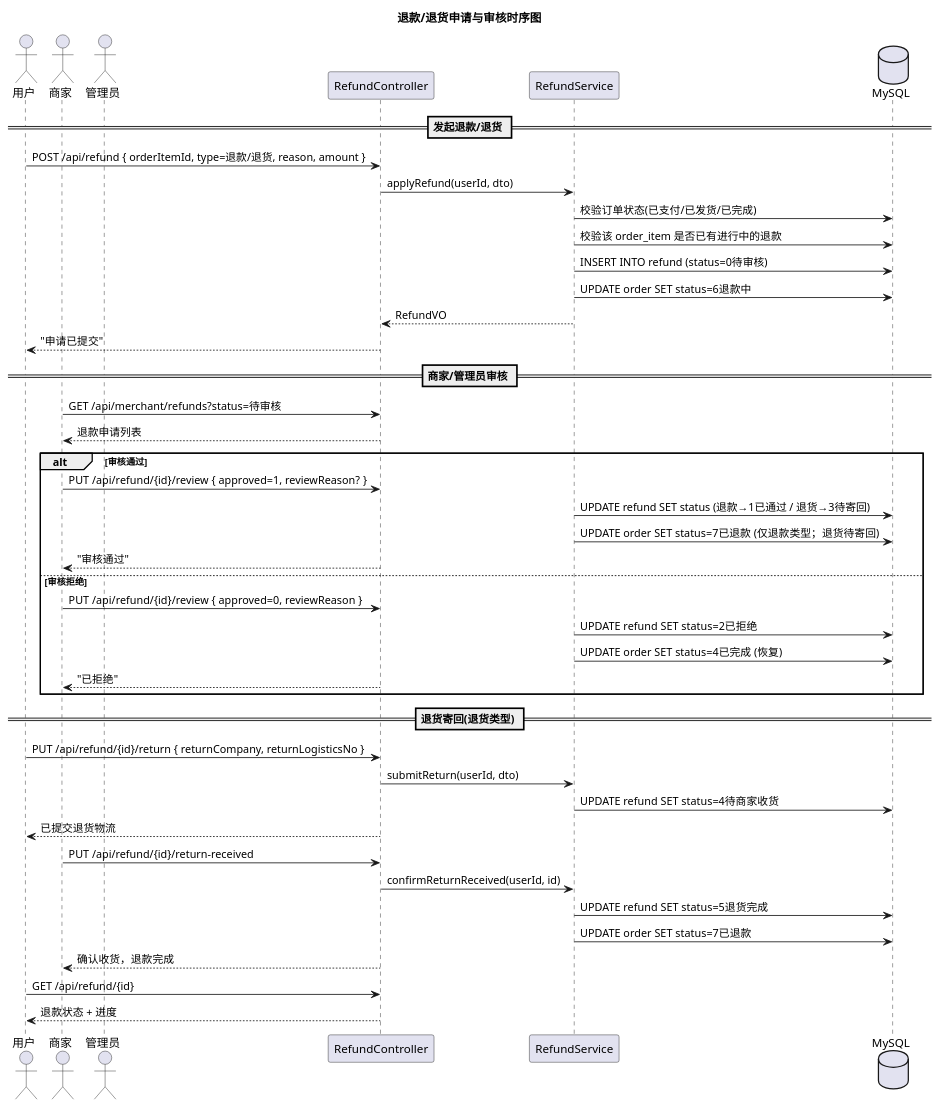
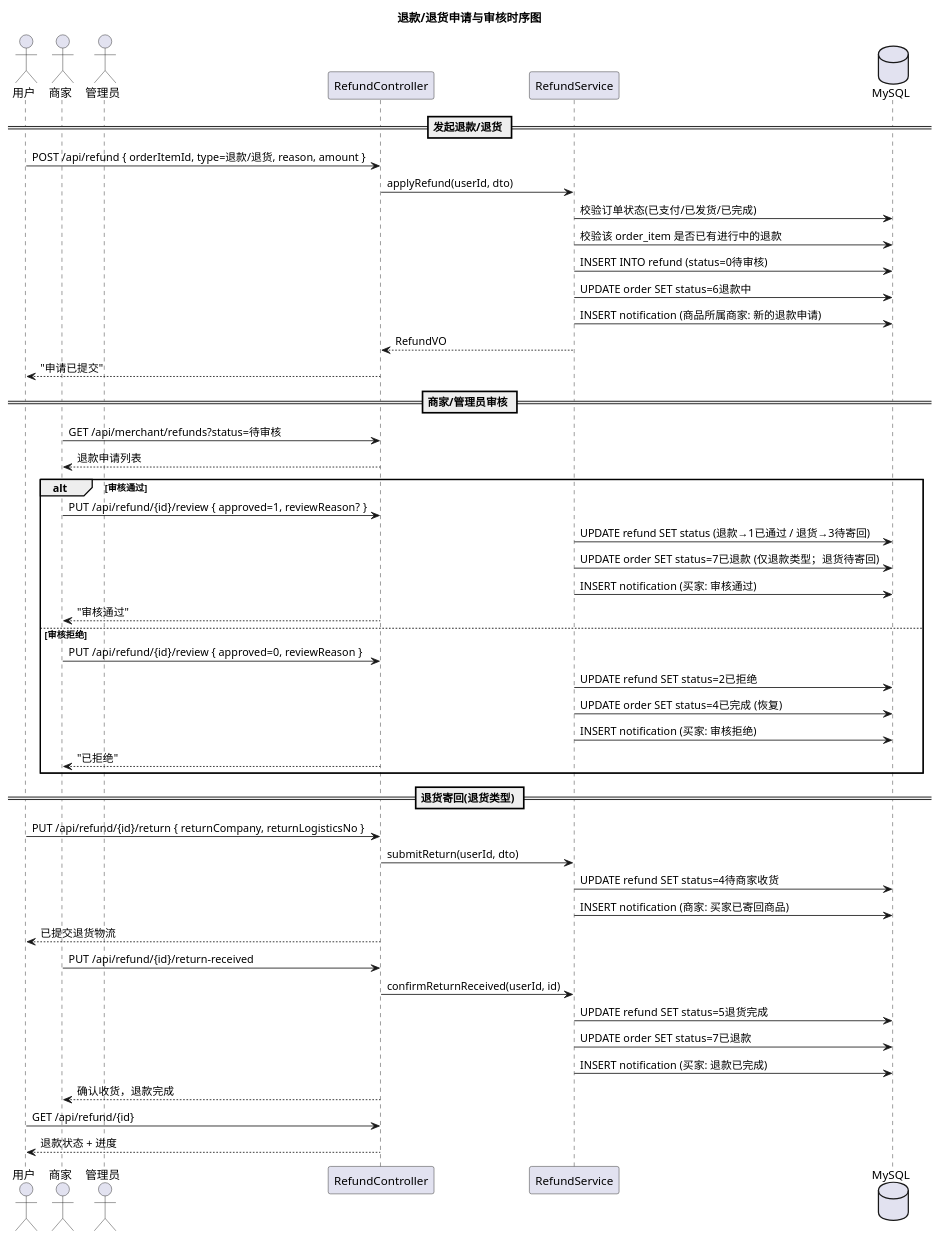
The fifth of 7 diagrams in uml/uml-sequence.puml (KIM406-CMD/chrono), drawn with PlantUML before and after one commit. The commit also changed other lines of this file and 25 other files, not shown here.

First line of the commit message:
docs: 同步站内通知与商家隔离文档及 UML

```diff
--- a/uml/uml-sequence.puml
+++ b/uml/uml-sequence.puml
@@ -254,54 +257,59 @@
 @startuml 退款退货流程
 
 title 退款/退货申请与审核时序图
 
 actor 用户 as User
 actor 商家 as Merchant
 actor 管理员 as Admin
 participant "RefundController" as RC
 participant "RefundService" as RS
 database "MySQL" as DB
 
 == 发起退款/退货 ==
 User -> RC : POST /api/refund { orderItemId, type=退款/退货, reason, amount }
 RC -> RS : applyRefund(userId, dto)
 RS -> DB : 校验订单状态(已支付/已发货/已完成)
 RS -> DB : 校验该 order_item 是否已有进行中的退款
 RS -> DB : INSERT INTO refund (status=0待审核)
 RS -> DB : UPDATE order SET status=6退款中
+RS -> DB : INSERT notification (商品所属商家: 新的退款申请)
 RS --> RC : RefundVO
 RC --> User : "申请已提交"
 
 == 商家/管理员审核 ==
 Merchant -> RC : GET /api/merchant/refunds?status=待审核
 RC --> Merchant : 退款申请列表
 
 alt 审核通过
   Merchant -> RC : PUT /api/refund/{id}/review { approved=1, reviewReason? }
   RS -> DB : UPDATE refund SET status (退款→1已通过 / 退货→3待寄回)
   RS -> DB : UPDATE order SET status=7已退款 (仅退款类型；退货待寄回)
+  RS -> DB : INSERT notification (买家: 审核通过)
   RC --> Merchant : "审核通过"
 
 else 审核拒绝
   Merchant -> RC : PUT /api/refund/{id}/review { approved=0, reviewReason }
   RS -> DB : UPDATE refund SET status=2已拒绝
   RS -> DB : UPDATE order SET status=4已完成 (恢复)
+  RS -> DB : INSERT notification (买家: 审核拒绝)
   RC --> Merchant : "已拒绝"
 end
 
 == 退货寄回(退货类型) ==
 User -> RC : PUT /api/refund/{id}/return { returnCompany, returnLogisticsNo }
 RC -> RS : submitReturn(userId, dto)
 RS -> DB : UPDATE refund SET status=4待商家收货
+RS -> DB : INSERT notification (商家: 买家已寄回商品)
 RC --> User : 已提交退货物流
 
 Merchant -> RC : PUT /api/refund/{id}/return-received
 RC -> RS : confirmReturnReceived(userId, id)
 RS -> DB : UPDATE refund SET status=5退货完成
 RS -> DB : UPDATE order SET status=7已退款
+RS -> DB : INSERT notification (买家: 退款已完成)
 RC --> Merchant : 确认收货，退款完成
 
 User -> RC : GET /api/refund/{id}
 RC --> User : 退款状态 + 进度
 
 @enduml
```
